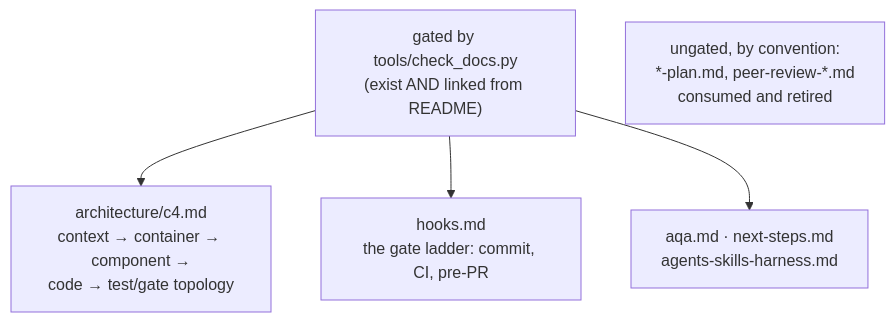
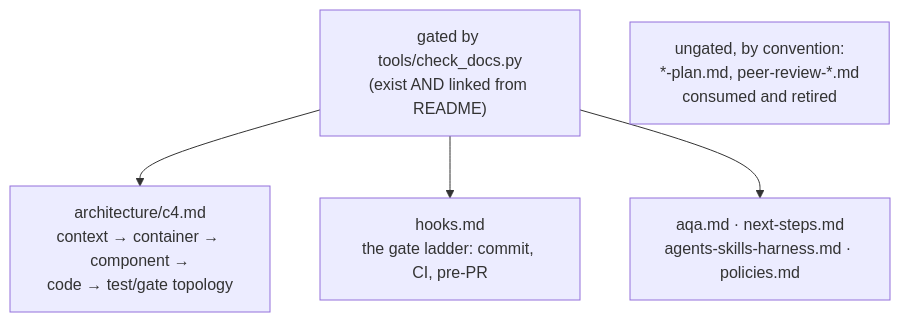
One commit to ianshank/planlint changed the diagram in docs/AGENTS.md. Above: the diagram before and after it, drawn with Mermaid. The commit also changed other lines of this file and 44 other files, not shown here.

````diff
--- a/docs/AGENTS.md
+++ b/docs/AGENTS.md
@@ -7,8 +7,8 @@
 ```mermaid
 flowchart TD
     gated["gated by tools/check_docs.py<br/>(exist AND linked from README)"]
     gated --> c4["architecture/c4.md<br/>context → container → component →<br/>code → test/gate topology"]
     gated --> hooks["hooks.md<br/>the gate ladder: commit, CI, pre-PR"]
-    gated --> aqa["aqa.md · next-steps.md<br/>agents-skills-harness.md"]
+    gated --> aqa["aqa.md · next-steps.md<br/>agents-skills-harness.md · policies.md"]
     plans["ungated, by convention:<br/>*-plan.md, peer-review-*.md<br/>consumed and retired"]
 ```
````
